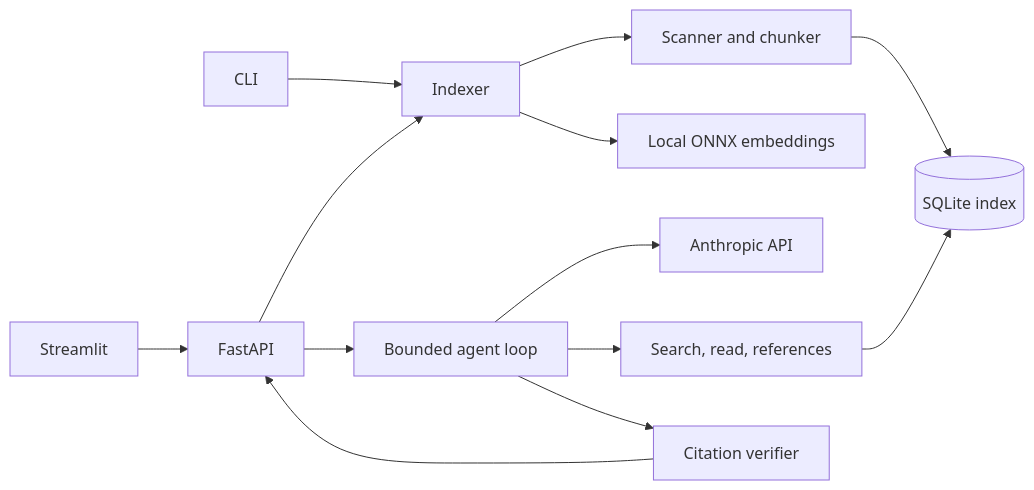
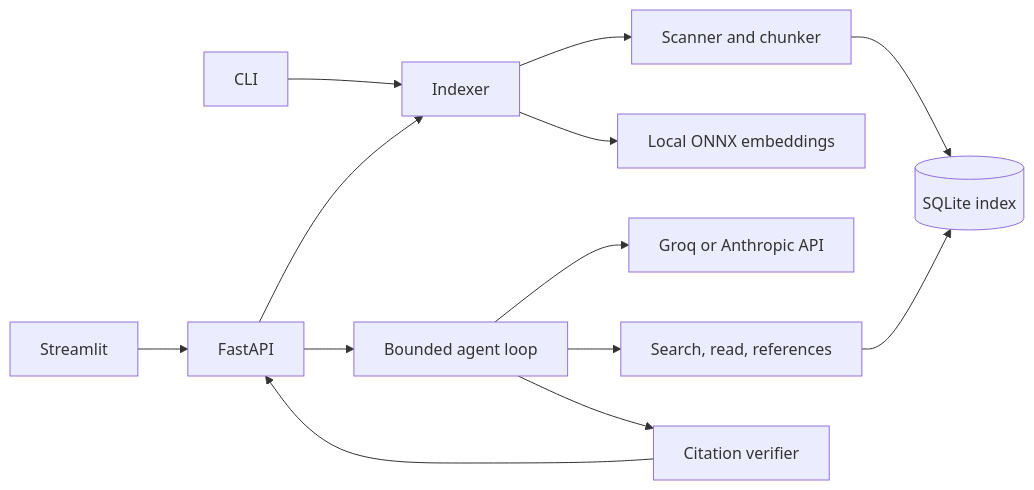
The diagram in docs/architecture.md (arnavnaik22/repopilot), drawn with Mermaid before and after one commit. The commit also changed 11 other files, not shown here.

````diff
--- a/docs/architecture.md
+++ b/docs/architecture.md
@@ -3,15 +3,15 @@
 ```mermaid
 flowchart LR
   UI[Streamlit] --> API[FastAPI]
   CLI[CLI] --> IDX[Indexer]
   API --> IDX
   IDX --> SCAN[Scanner and chunker]
   SCAN --> STORE[(SQLite index)]
   IDX --> EMB[Local ONNX embeddings]
   API --> LOOP[Bounded agent loop]
-  LOOP --> LLM[Anthropic API]
+  LOOP --> LLM[Groq or Anthropic API]
   LOOP --> TOOLS[Search, read, references]
   TOOLS --> STORE
   LOOP --> VERIFY[Citation verifier]
   VERIFY --> API
 ```
````
